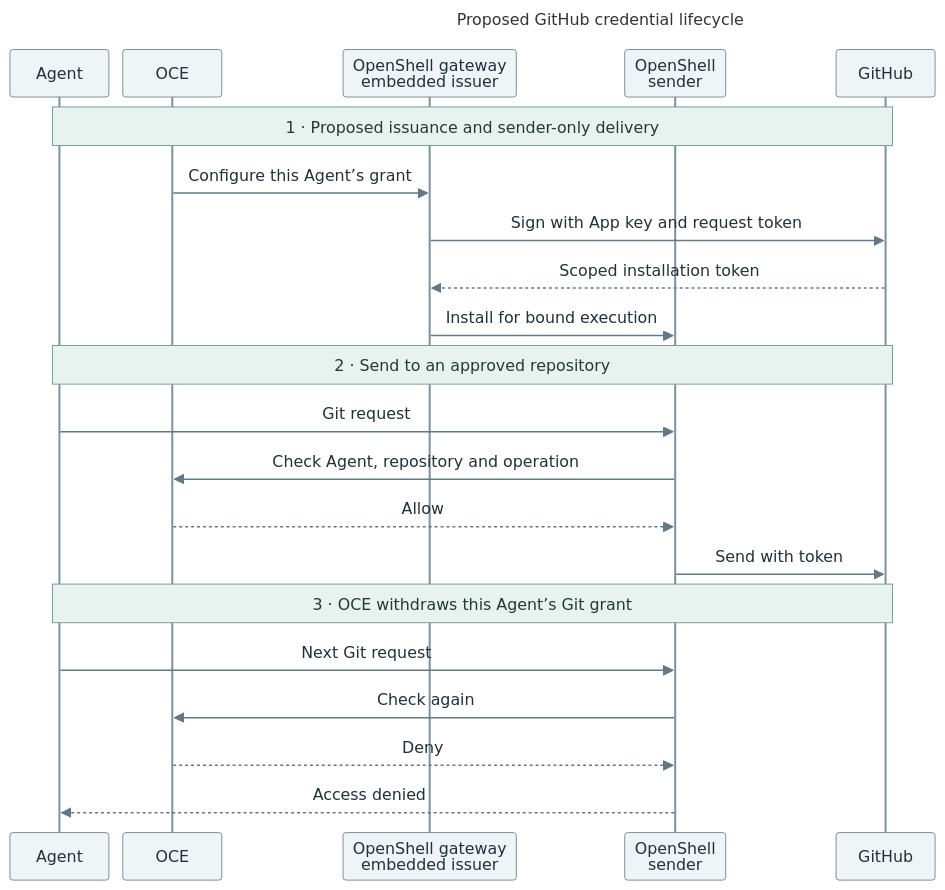
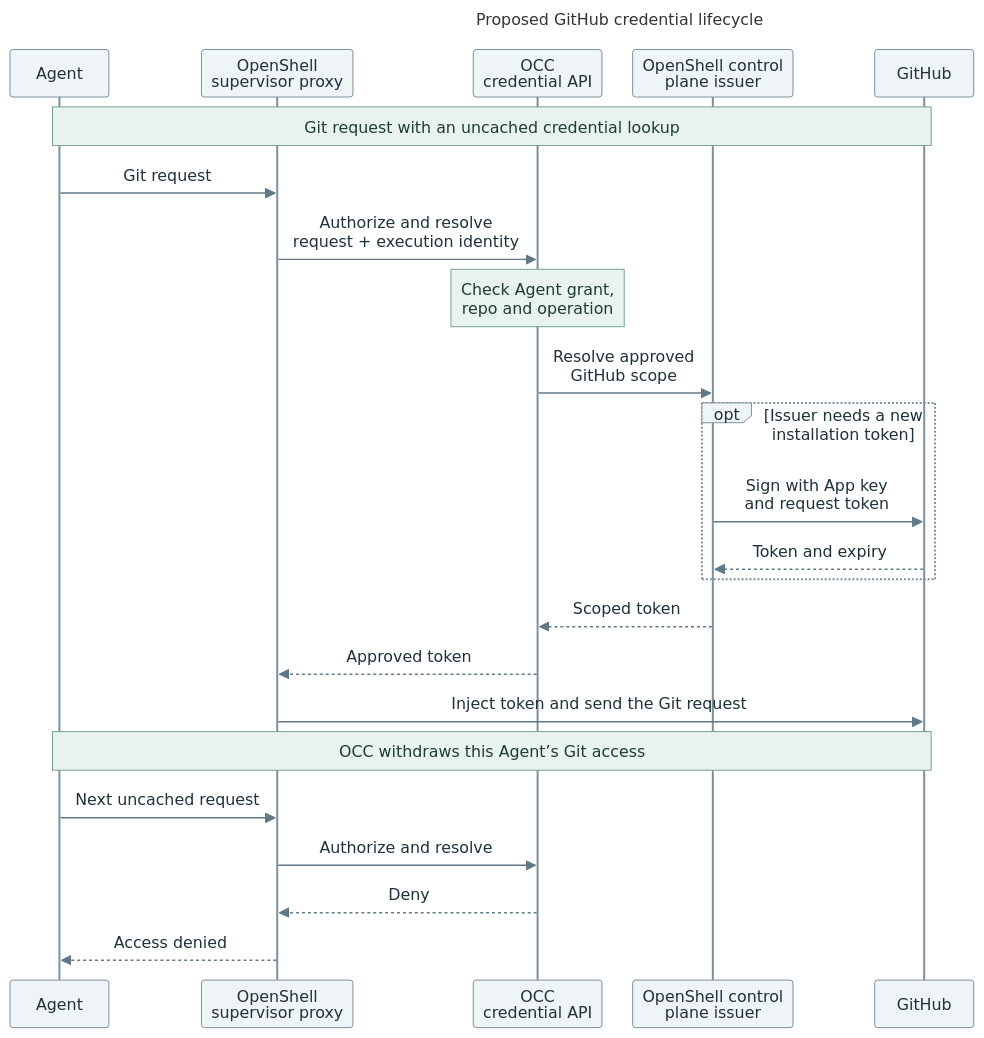
Before and after one commit to openclaw/openclaw-enterprise: the diagram in specs/rfcs/0030-github-app-credential-issuer/request-lifecycle.mmd, drawn with Mermaid. The commit also changed 4 other files, not shown here.

Commit message:
docs(rfc): resolve GitHub credentials in the control plane

```diff
--- a/specs/rfcs/0030-github-app-credential-issuer/request-lifecycle.mmd
+++ b/specs/rfcs/0030-github-app-credential-issuer/request-lifecycle.mmd
@@ -1,46 +1,48 @@
 ---
 title: Proposed GitHub credential lifecycle
 config:
   theme: base
   themeVariables:
     fontFamily: "Arial, sans-serif"
     actorBkg: "#eff4f7"
     actorBorder: "#7b909d"
     actorTextColor: "#20313b"
     noteBkgColor: "#e8f3ef"
     noteBorderColor: "#75a191"
     noteTextColor: "#203b35"
     signalColor: "#617887"
     signalTextColor: "#20313b"
   sequence:
     useMaxWidth: false
     mirrorActors: true
     actorMargin: 14
     width: 100
     height: 48
     diagramMarginX: 8
     diagramMarginY: 10
     messageMargin: 22
     wrap: false
 ---
 sequenceDiagram
     participant A as Agent
-    participant O as OCE
-    participant G as OpenShell gateway<br/>embedded issuer
-    participant S as OpenShell<br/>sender
+    participant P as OpenShell<br/>supervisor proxy
+    participant O as OCC<br/>credential API
+    participant I as OpenShell control<br/>plane issuer
     participant H as GitHub
-    Note over A,H: 1 · Proposed issuance and sender-only delivery
-    O->>G: Configure this Agent’s grant
-    G->>H: Sign with App key and request token
-    H-->>G: Scoped installation token
-    G->>S: Install for bound execution
-    Note over A,H: 2 · Send to an approved repository
-    A->>S: Git request
-    S->>O: Check Agent, repository and operation
-    O-->>S: Allow
-    S->>H: Send with token
-    Note over A,H: 3 · OCE withdraws this Agent’s Git grant
-    A->>S: Next Git request
-    S->>O: Check again
-    O-->>S: Deny
-    S-->>A: Access denied
+    Note over A,H: Git request with an uncached credential lookup
+    A->>P: Git request
+    P->>O: Authorize and resolve<br/>request + execution identity
+    Note over O: Check Agent grant,<br/>repo and operation
+    O->>I: Resolve approved<br/>GitHub scope
+    opt Issuer needs a new installation token
+        I->>H: Sign with App key<br/>and request token
+        H-->>I: Token and expiry
+    end
+    I-->>O: Scoped token
+    O-->>P: Approved token
+    P->>H: Inject token and send the Git request
+    Note over A,H: OCC withdraws this Agent’s Git access
+    A->>P: Next uncached request
+    P->>O: Authorize and resolve
+    O-->>P: Deny
+    P-->>A: Access denied
```
